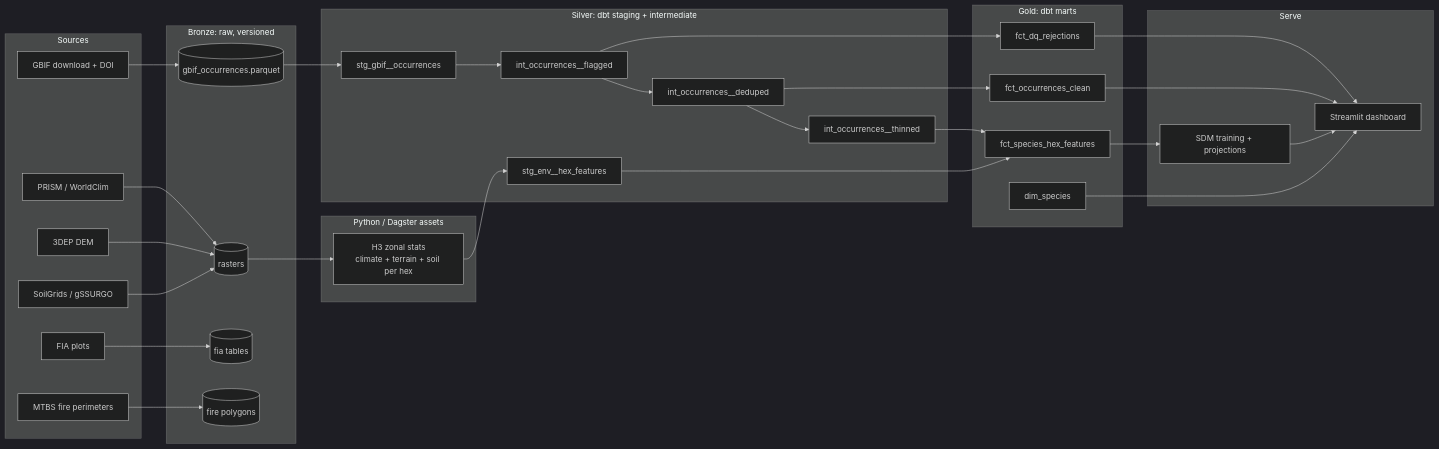
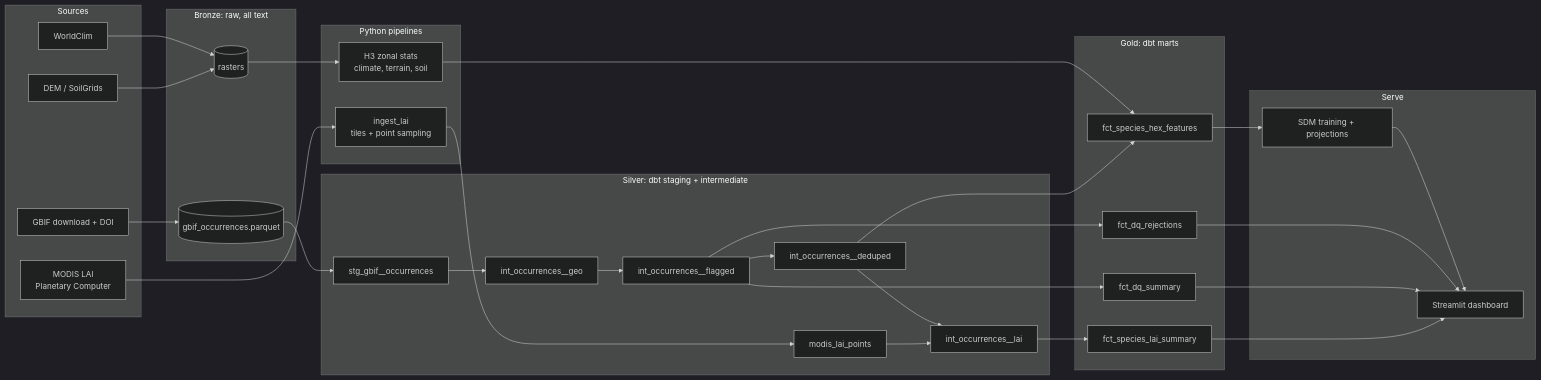
The diagram in README.md (Kaboto731/Cascadia-flora), drawn with Mermaid (dark theme) before and after one commit. The commit also changed other lines of this file, not shown here.

````diff
--- a/README.md
+++ b/README.md
@@ -99,54 +108,49 @@
 ```mermaid
 flowchart LR
     subgraph Sources
         A1[GBIF download + DOI]
-        A2[PRISM / WorldClim]
-        A3[3DEP DEM]
-        A4[SoilGrids / gSSURGO]
-        A5[FIA plots]
-        A6[MTBS fire perimeters]
+        A2[MODIS LAI<br/>Planetary Computer]
+        A3[WorldClim]
+        A4[DEM / SoilGrids]
     end
 
-    subgraph Bronze["Bronze: raw, versioned"]
+    subgraph Bronze["Bronze: raw, all text"]
         B1[(gbif_occurrences.parquet)]
         B2[(rasters)]
-        B3[(fia tables)]
-        B4[(fire polygons)]
     end
 
-    subgraph Python["Python / Dagster assets"]
-        P1[H3 zonal stats<br/>climate + terrain + soil per hex]
+    subgraph Python["Python pipelines"]
+        P1[ingest_lai<br/>tiles + point sampling]
+        P2[H3 zonal stats<br/>climate, terrain, soil]
     end
 
     subgraph Silver["Silver: dbt staging + intermediate"]
         S1[stg_gbif__occurrences]
-        S2[int_occurrences__flagged]
-        S3[int_occurrences__deduped]
-        S4[int_occurrences__thinned]
-        S5[stg_env__hex_features]
+        S2[int_occurrences__geo]
+        S3[int_occurrences__flagged]
+        S4[int_occurrences__deduped]
+        S5[modis_lai_points]
+        S6[int_occurrences__lai]
     end
 
     subgraph Gold["Gold: dbt marts"]
-        G1[fct_occurrences_clean]
-        G2[fct_species_hex_features]
-        G3[fct_dq_rejections]
-        G4[dim_species]
+        G1[fct_dq_rejections]
+        G2[fct_dq_summary]
+        G3[fct_species_lai_summary]
+        G4[fct_species_hex_features]
     end
 
     subgraph Serve
         M1[SDM training + projections]
         D1[Streamlit dashboard]
     end
 
-    A1 --> B1
-    A2 & A3 & A4 --> B2
-    A5 --> B3
-    A6 --> B4
-    B2 --> P1 --> S5
-    B1 --> S1 --> S2 --> S3 --> S4
-    S2 --> G3
-    S3 --> G1
-    S4 & S5 --> G2
-    G2 --> M1 --> D1
-    G1 & G3 & G4 --> D1
+    A1 --> B1 --> S1 --> S2 --> S3 --> S4
+    S3 --> G1 & G2
+    A2 --> P1 --> S5
+    S4 & S5 --> S6 --> G3
+    A3 & A4 --> B2 --> P2 --> G4
+    S4 --> G4
+    G4 --> M1 --> D1
+    G1 & G2 & G3 --> D1
 ```
````
